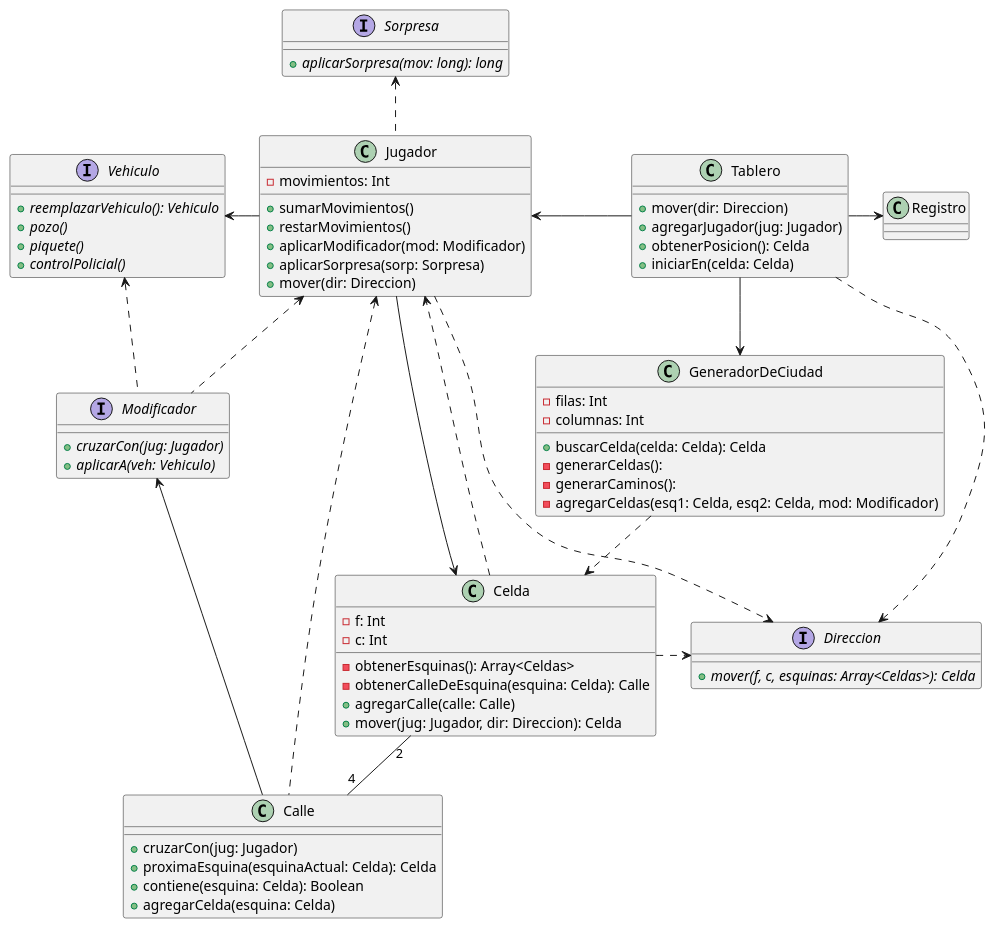
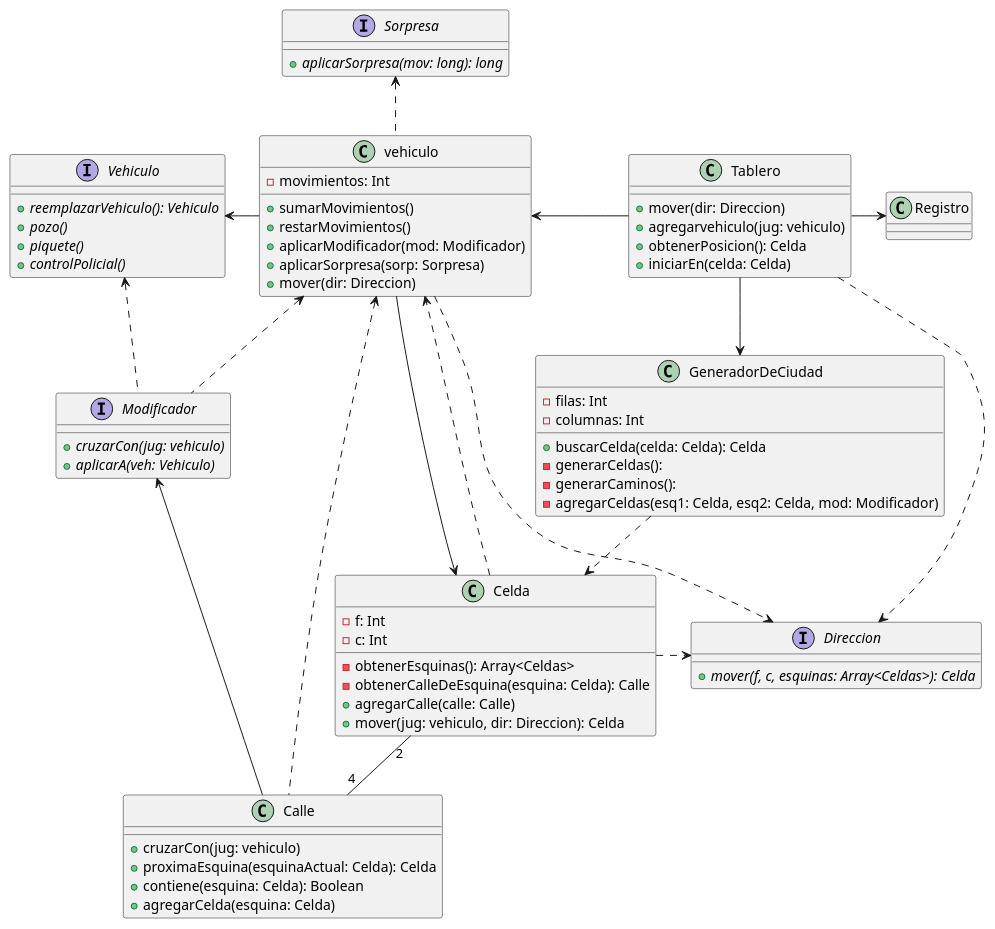
The first of 4 diagrams in diagrams/classes/modelo/modelo.plantuml (tomasayala/algo3_tp2_1C2022), drawn with PlantUML before and after one commit. The commit also changed other lines of this file and 44 other files, not shown here.

```diff
--- a/diagrams/classes/modelo/modelo.plantuml
+++ b/diagrams/classes/modelo/modelo.plantuml
@@ -1,87 +1,87 @@
 @startuml modelo-actual
 
 class Tablero {
     + mover(dir: Direccion)
-    + agregarJugador(jug: Jugador)
+    + agregarvehiculo(jug: vehiculo)
     + obtenerPosicion(): Celda
     + iniciarEn(celda: Celda)
 }
 
-class Jugador {
+class vehiculo {
     - movimientos: Int
 
     + sumarMovimientos()
     + restarMovimientos()
     + aplicarModificador(mod: Modificador)
     + aplicarSorpresa(sorp: Sorpresa)
     + mover(dir: Direccion)
 }
 
 class Calle {
-    + cruzarCon(jug: Jugador)
+    + cruzarCon(jug: vehiculo)
     + proximaEsquina(esquinaActual: Celda): Celda
     + contiene(esquina: Celda): Boolean
     + agregarCelda(esquina: Celda)
 }
 
 interface Vehiculo {
     + {abstract} reemplazarVehiculo(): Vehiculo
     + {abstract} pozo()
     + {abstract} piquete()
     + {abstract} controlPolicial()
 }
 
 interface Modificador {
-    + {abstract} cruzarCon(jug: Jugador)
+    + {abstract} cruzarCon(jug: vehiculo)
     + {abstract} aplicarA(veh: Vehiculo)
 }
 
 interface Sorpresa {
     + {abstract} aplicarSorpresa(mov: long): long
 }
 
 class Celda {
     - f: Int
     - c: Int
 
     - obtenerEsquinas(): Array<Celdas>
     - obtenerCalleDeEsquina(esquina: Celda): Calle
     + agregarCalle(calle: Calle)
-    + mover(jug: Jugador, dir: Direccion): Celda
+    + mover(jug: vehiculo, dir: Direccion): Celda
 }
 
 class Registro {
 
 }
 
 class GeneradorDeCiudad {
     - filas: Int
     - columnas: Int
     + buscarCelda(celda: Celda): Celda
     - generarCeldas():
     - generarCaminos():
     - agregarCeldas(esq1: Celda, esq2: Celda, mod: Modificador)
 }
 
 interface Direccion {
     + {abstract} mover(f, c, esquinas: Array<Celdas>): Celda
 }
 
-Jugador .up.> Sorpresa
-Tablero -left-> Jugador
+vehiculo .up.> Sorpresa
+Tablero -left-> vehiculo
 Tablero --> GeneradorDeCiudad
 GeneradorDeCiudad .down.> Celda
-Jugador -left-> Vehiculo
-Jugador --> Celda
+vehiculo -left-> Vehiculo
+vehiculo --> Celda
 Tablero -right-> Registro
 Calle -left-> Modificador
-Calle .left.> Jugador
-Celda ..> Jugador
+Calle .left.> vehiculo
+Celda ..> vehiculo
 Modificador .left.> Vehiculo
 Celda "2" -- "4" Calle
-Modificador .up.> Jugador
+Modificador .up.> vehiculo
 Tablero ..> Direccion
-Jugador ..> Direccion
+vehiculo ..> Direccion
 Celda .right.> Direccion
 
 @enduml
```
